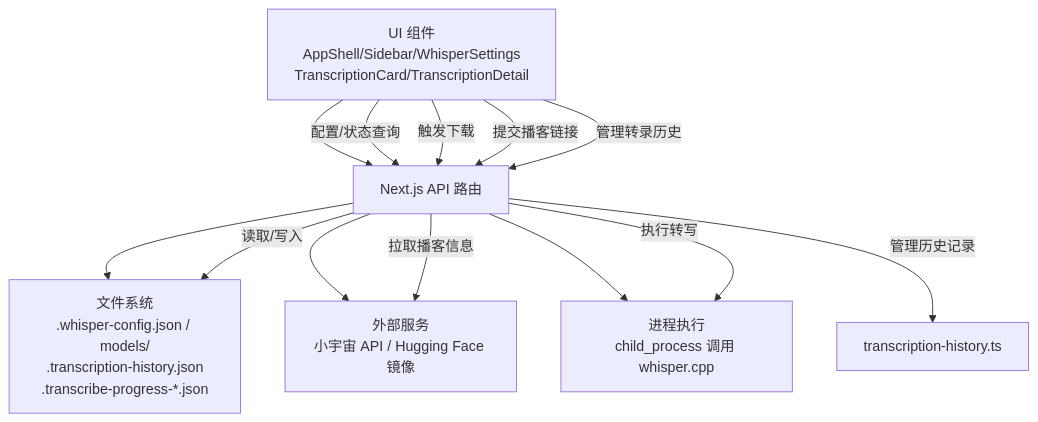
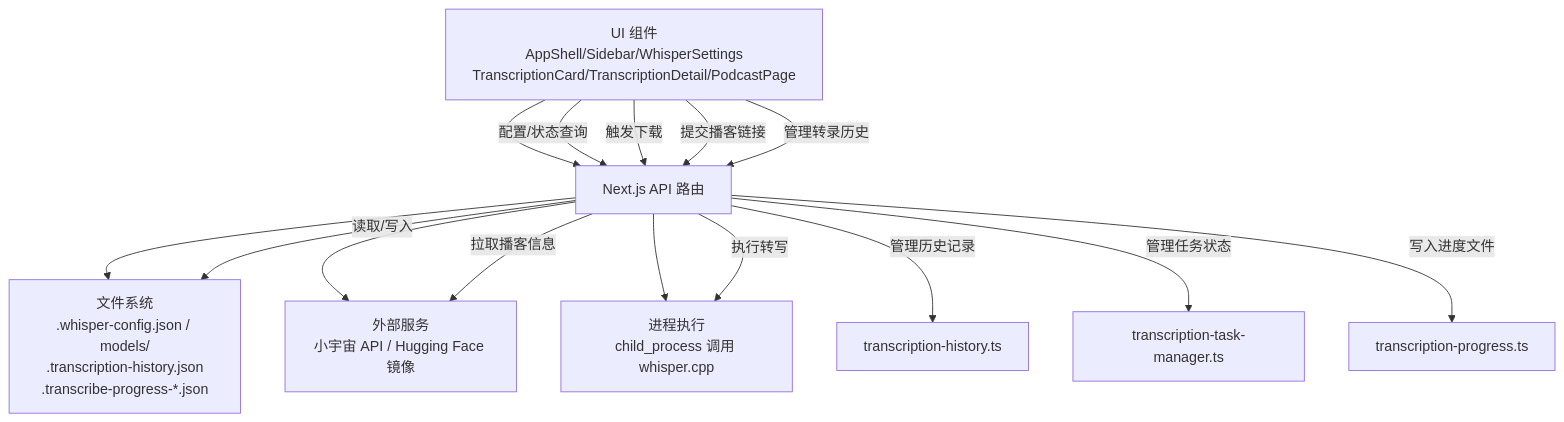
The second of 13 diagrams in .qoder/repowiki/zh/content/UI 组件系统/业务组件.md (clawbotai/memo-flow), drawn with Mermaid before and after one commit. The commit also changed other lines of this file and 12 other files, not shown here.

````diff
--- a/.qoder/repowiki/zh/content/UI 组件系统/业务组件.md
+++ b/.qoder/repowiki/zh/content/UI 组件系统/业务组件.md
@@ -181,15 +200,17 @@
 ```mermaid
 graph TB
-UI["UI 组件<br/>AppShell/Sidebar/WhisperSettings<br/>TranscriptionCard/TranscriptionDetail"] --> API["Next.js API 路由"]
+UI["UI 组件<br/>AppShell/Sidebar/WhisperSettings<br/>TranscriptionCard/TranscriptionDetail/PodcastPage"] --> API["Next.js API 路由"]
 API --> FS["文件系统<br/>.whisper-config.json / models/<br/>.transcription-history.json<br/>.transcribe-progress-*.json"]
 API --> EXT["外部服务<br/>小宇宙 API / Hugging Face 镜像"]
 API --> PROC["进程执行<br/>child_process 调用 whisper.cpp"]
 UI --> |配置/状态查询| API
 UI --> |触发下载| API
 UI --> |提交播客链接| API
 UI --> |管理转录历史| API
 API --> |读取/写入| FS
 API --> |拉取播客信息| EXT
 API --> |执行转写| PROC
 API --> |管理历史记录| THL["transcription-history.ts"]
+API --> |管理任务状态| TTM["transcription-task-manager.ts"]
+API --> |写入进度文件| TPRO["transcription-progress.ts"]
 ```
````
